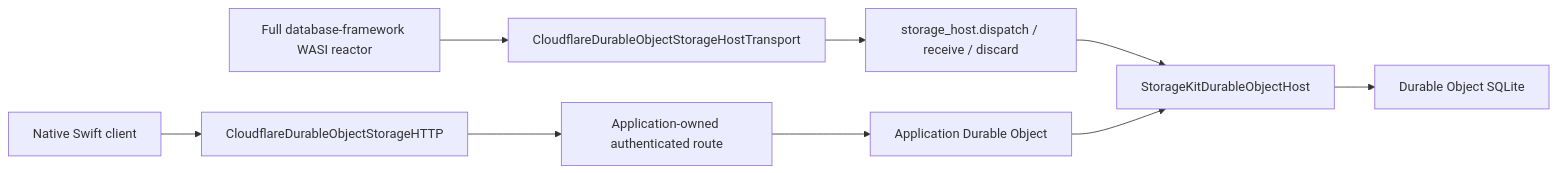
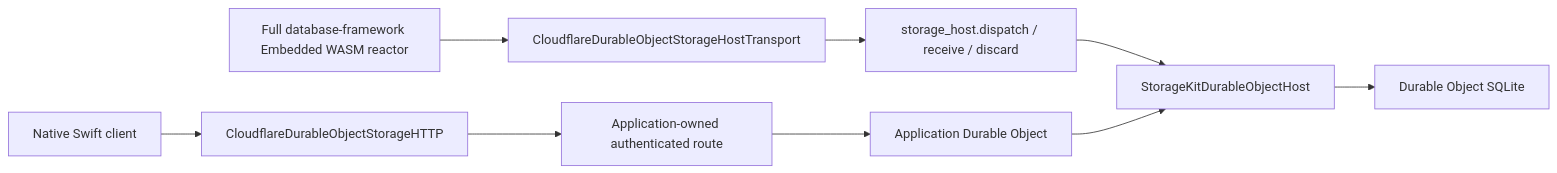
One commit to 1amageek/storage-kit changed the first of 3 diagrams in Docs/CLOUDFLARE_DURABLE_OBJECT_STORAGE_DESIGN.md. Above: the diagram before and after it, drawn with Mermaid. The commit also changed other lines of this file and 76 other files, not shown here.

Commit message:
Make storage execution Embedded-compatible

````diff
--- a/Docs/CLOUDFLARE_DURABLE_OBJECT_STORAGE_DESIGN.md
+++ b/Docs/CLOUDFLARE_DURABLE_OBJECT_STORAGE_DESIGN.md
@@ -18,13 +18,13 @@
 ```mermaid
 flowchart LR
     Native["Native Swift client"] --> HTTP["CloudflareDurableObjectStorageHTTP"]
     HTTP --> Router["Application-owned authenticated route"]
     Router --> DO["Application Durable Object"]
 
-    Reactor["Full database-framework WASI reactor"] --> HostTransport["CloudflareDurableObjectStorageHostTransport"]
+    Reactor["Full database-framework Embedded WASM reactor"] --> HostTransport["CloudflareDurableObjectStorageHostTransport"]
     HostTransport --> Import["storage_host.dispatch / receive / discard"]
     Import --> Store["StorageKitDurableObjectHost"]
 
     DO --> Store
     Store --> SQLite["Durable Object SQLite"]
 ```
````
